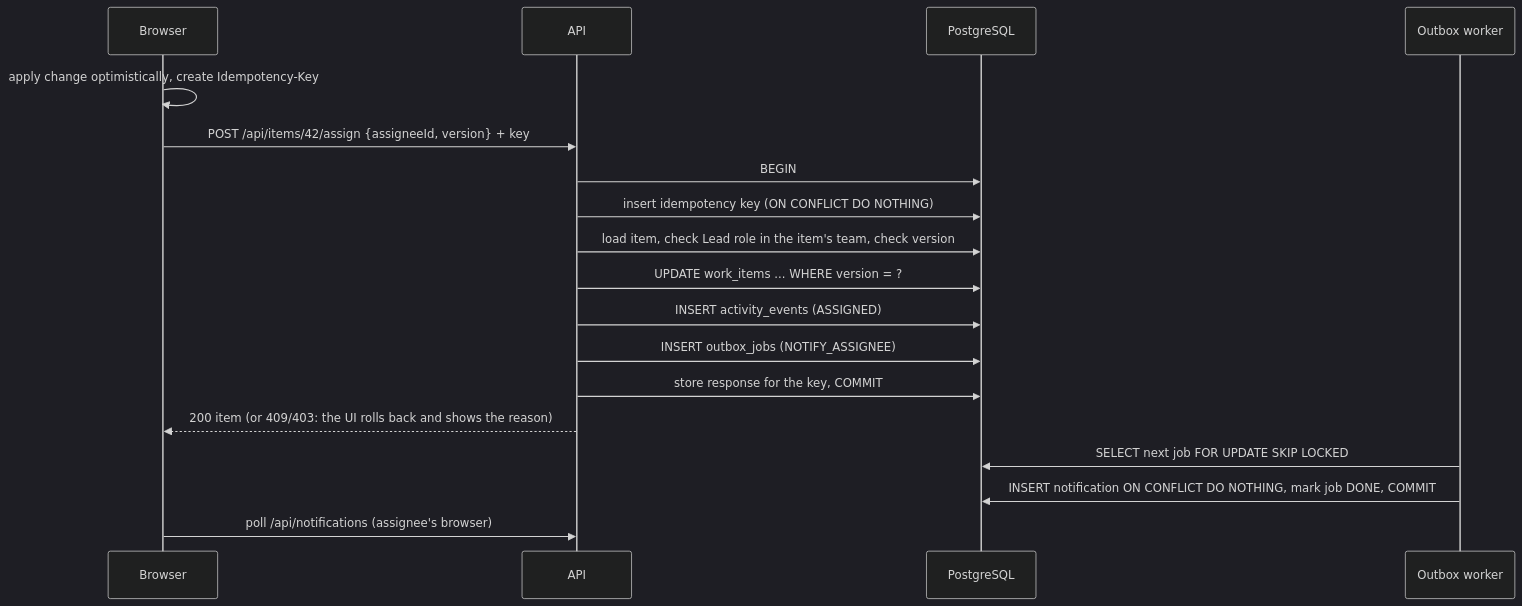
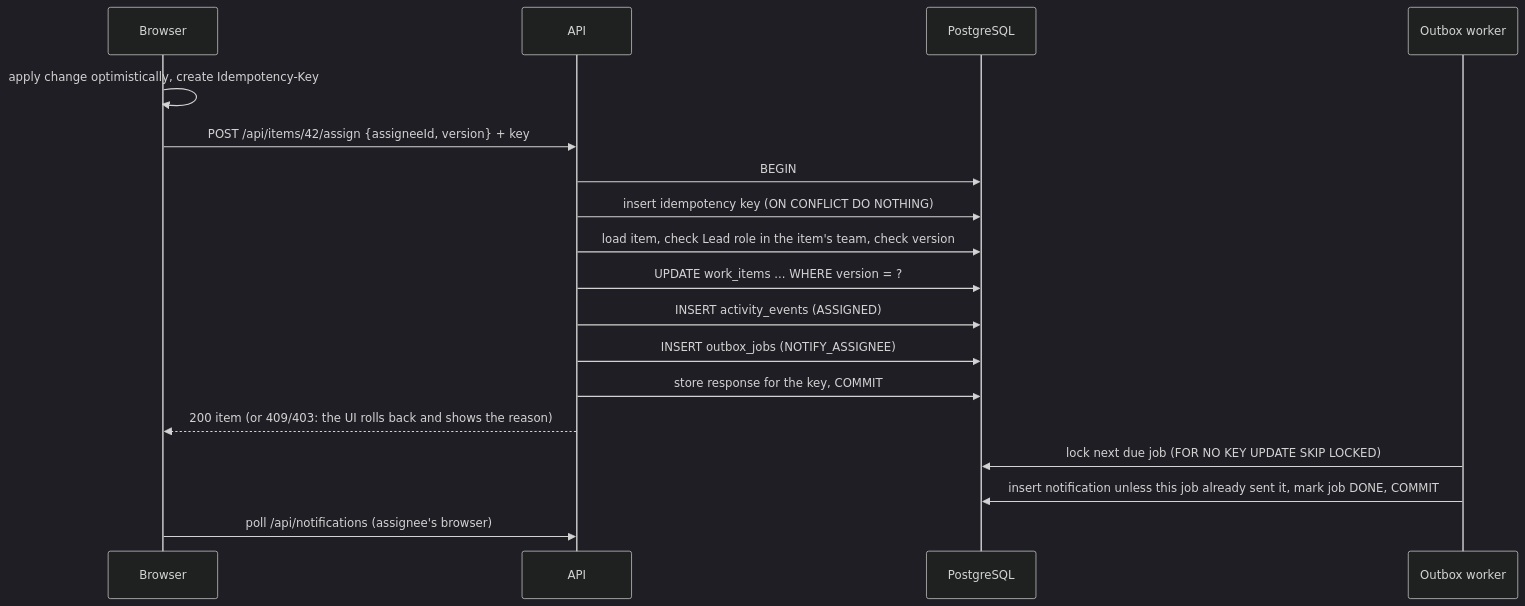
One commit to abhi1756/newtonite-ops-23131010108 changed the second of 2 diagrams in README.md. Above: the diagram before and after it, drawn with Mermaid (dark theme). The commit also changed other lines of this file and 2 other files, not shown here.

````diff
--- a/README.md
+++ b/README.md
@@ -102,20 +102,20 @@
 ```mermaid
 sequenceDiagram
     participant B as Browser
     participant A as API
     participant D as PostgreSQL
     participant W as Outbox worker
     B->>B: apply change optimistically, create Idempotency-Key
     B->>A: POST /api/items/42/assign {assigneeId, version} + key
     A->>D: BEGIN
     A->>D: insert idempotency key (ON CONFLICT DO NOTHING)
     A->>D: load item, check Lead role in the item's team, check version
     A->>D: UPDATE work_items ... WHERE version = ?
     A->>D: INSERT activity_events (ASSIGNED)
     A->>D: INSERT outbox_jobs (NOTIFY_ASSIGNEE)
     A->>D: store response for the key, COMMIT
     A-->>B: 200 item (or 409/403: the UI rolls back and shows the reason)
-    W->>D: SELECT next job FOR UPDATE SKIP LOCKED
-    W->>D: INSERT notification ON CONFLICT DO NOTHING, mark job DONE, COMMIT
+    W->>D: lock next due job (FOR NO KEY UPDATE SKIP LOCKED)
+    W->>D: insert notification unless this job already sent it, mark job DONE, COMMIT
     B->>A: poll /api/notifications (assignee's browser)
 ```
````
